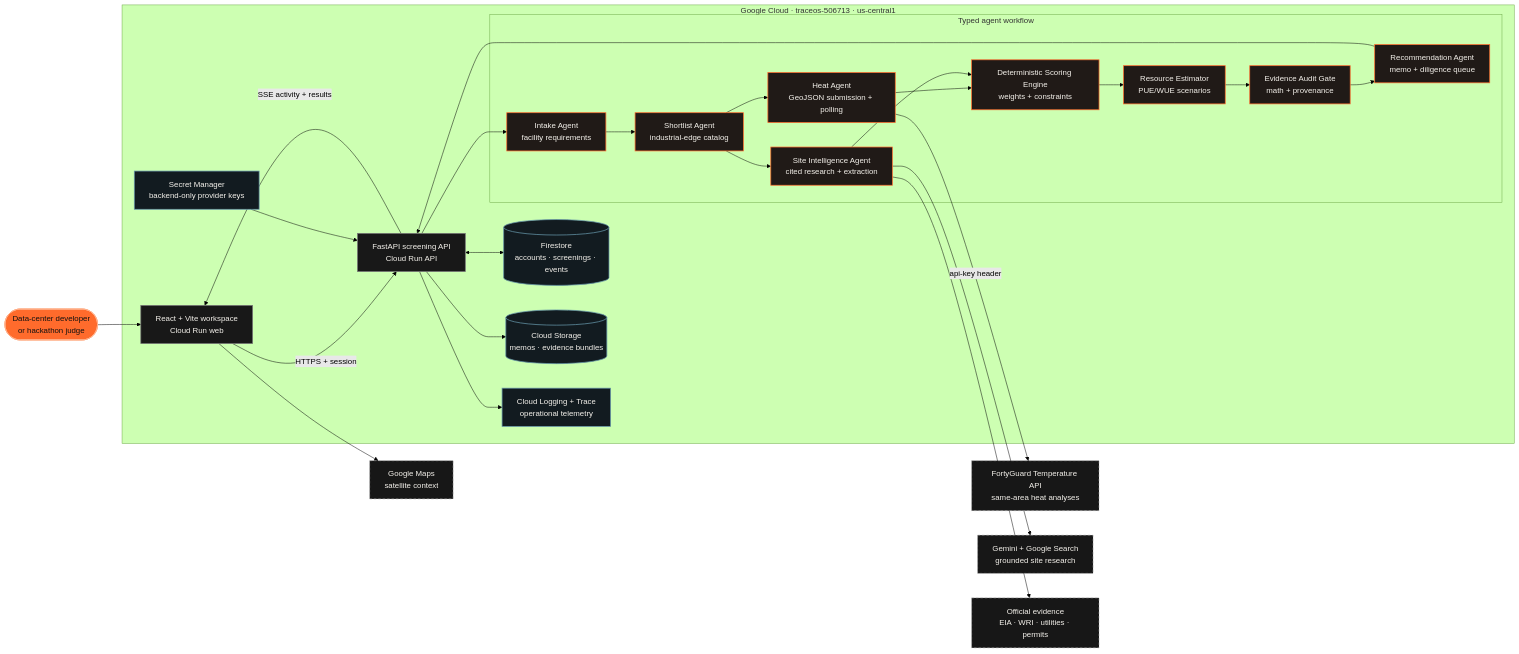
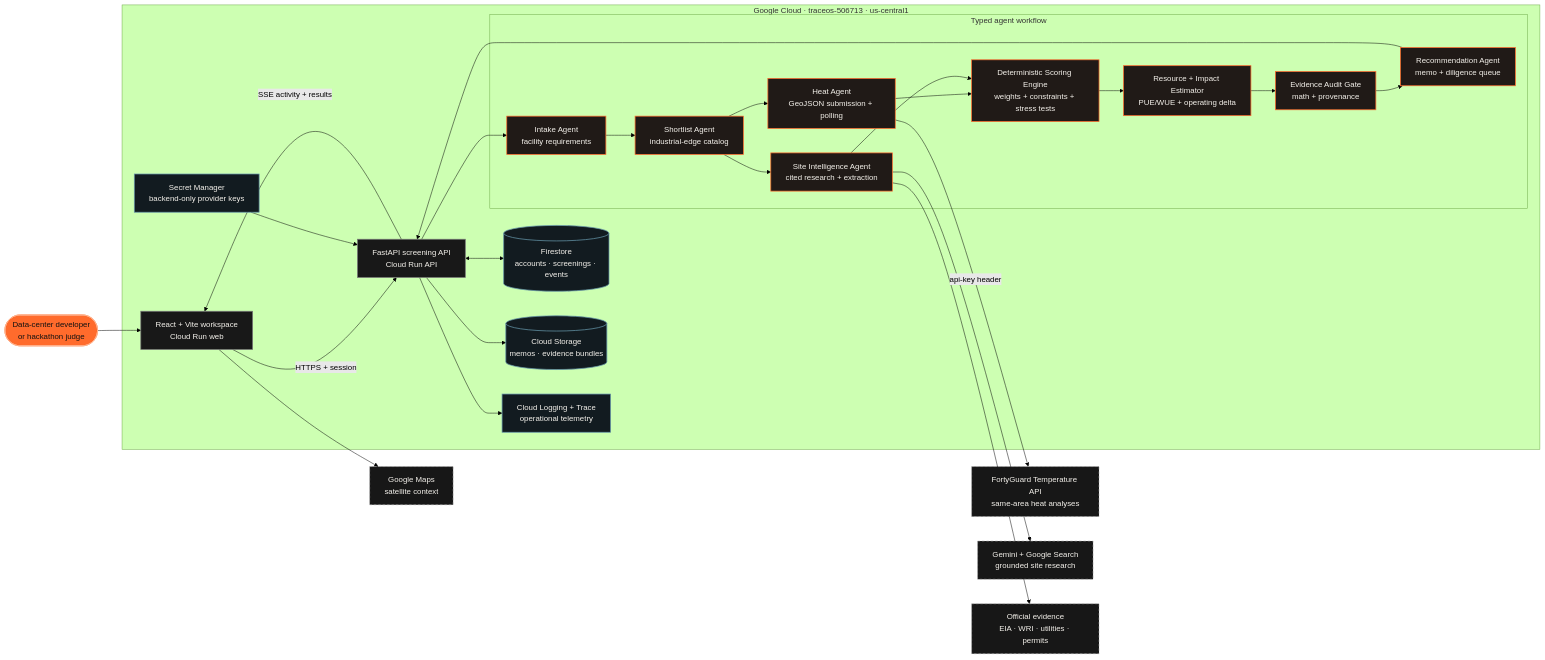
The diagram in docs/architecture/thermasite-architecture.mmd (foundator779/ThermaSite), drawn with Mermaid (forest theme) before and after one commit. The commit also changed 15 other files, not shown here.

Commit message:
Add auditable investment impact stress test

```diff
--- a/docs/architecture/thermasite-architecture.mmd
+++ b/docs/architecture/thermasite-architecture.mmd
@@ -1,62 +1,62 @@
 flowchart LR
   USER([Data-center developer<br/>or hackathon judge])
 
   subgraph GCP[Google Cloud · traceos-506713 · us-central1]
     WEB[React + Vite workspace<br/>Cloud Run web]
     API[FastAPI screening API<br/>Cloud Run API]
 
     subgraph WORKFLOW[Typed agent workflow]
       INTAKE[Intake Agent<br/>facility requirements]
       SHORTLIST[Shortlist Agent<br/>industrial-edge catalog]
       HEAT[Heat Agent<br/>GeoJSON submission + polling]
       INTEL[Site Intelligence Agent<br/>cited research + extraction]
-      SCORE[Deterministic Scoring Engine<br/>weights + constraints]
-      EST[Resource Estimator<br/>PUE/WUE scenarios]
+      SCORE[Deterministic Scoring Engine<br/>weights + constraints + stress tests]
+      EST[Resource + Impact Estimator<br/>PUE/WUE + operating delta]
       AUDIT[Evidence Audit Gate<br/>math + provenance]
       REC[Recommendation Agent<br/>memo + diligence queue]
 
       INTAKE --> SHORTLIST
       SHORTLIST --> HEAT
       SHORTLIST --> INTEL
       HEAT --> SCORE
       INTEL --> SCORE
       SCORE --> EST --> AUDIT --> REC
     end
 
     FIRESTORE[(Firestore<br/>accounts · screenings · events)]
     STORAGE[(Cloud Storage<br/>memos · evidence bundles)]
     SECRETS[Secret Manager<br/>backend-only provider keys]
     OBS[Cloud Logging + Trace<br/>operational telemetry]
 
     WEB -->|HTTPS + session| API
     API --> INTAKE
     REC --> API
     API -->|SSE activity + results| WEB
     API <--> FIRESTORE
     API --> STORAGE
     SECRETS --> API
     API --> OBS
   end
 
   FG[FortyGuard Temperature API<br/>same-area heat analyses]
   GEMINI[Gemini + Google Search<br/>grounded site research]
   SOURCES[Official evidence<br/>EIA · WRI · utilities · permits]
   MAPS[Google Maps<br/>satellite context]
 
   USER --> WEB
   WEB --> MAPS
   HEAT -->|api-key header| FG
   INTEL --> GEMINI
   INTEL --> SOURCES
 
   classDef actor fill:#ff6b2c,stroke:#ffb08a,color:#111,stroke-width:2px;
   classDef service fill:#181818,stroke:#777,color:#f5f2ec,stroke-width:1.5px;
   classDef agent fill:#201a17,stroke:#ff6b2c,color:#f5f2ec,stroke-width:1.5px;
   classDef data fill:#121b20,stroke:#6696aa,color:#f5f2ec,stroke-width:1.5px;
   classDef external fill:#171717,stroke:#aaa,color:#f5f2ec,stroke-dasharray:5 4;
 
   class USER actor;
   class WEB,API service;
   class INTAKE,SHORTLIST,HEAT,INTEL,SCORE,EST,AUDIT,REC agent;
   class FIRESTORE,STORAGE,SECRETS,OBS data;
   class FG,GEMINI,SOURCES,MAPS external;
```
